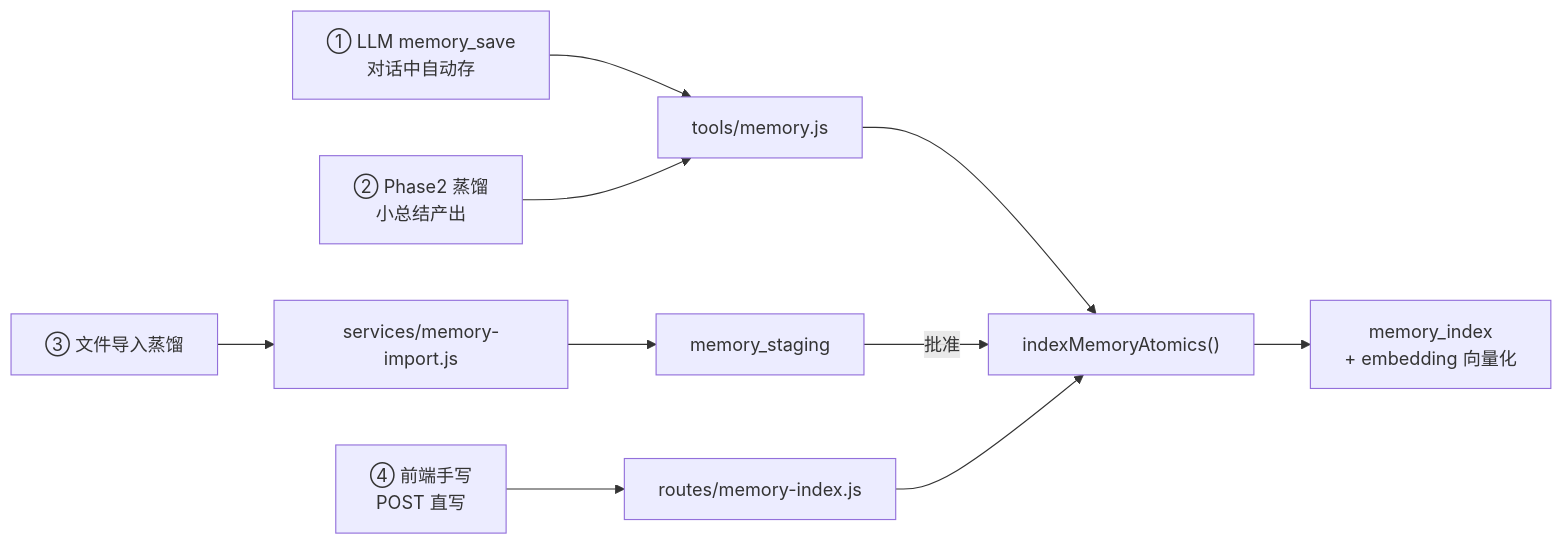
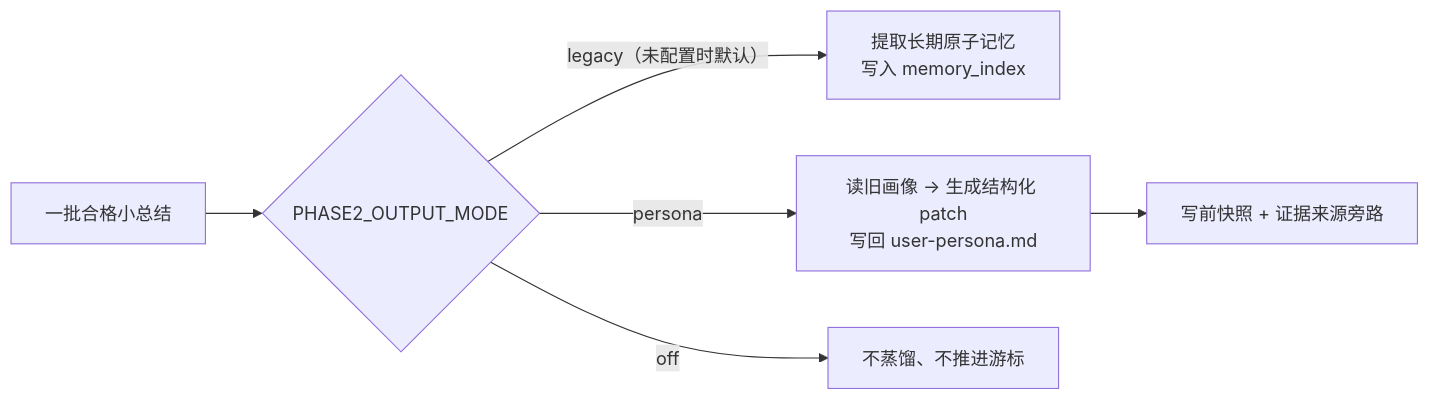
The third of 5 diagrams in azoth_memory_system_anatomy.md (TAra93-1/AZOTH_mem), drawn with Mermaid before and after one commit. The commit also changed other lines of this file and 1 other file, not shown here.

First line of the commit message:
docs: update AZOTH memory architecture

````diff
--- a/azoth_memory_system_anatomy.md
+++ b/azoth_memory_system_anatomy.md
@@ -317,12 +161,8 @@
 ```mermaid
 flowchart LR
-    A["① LLM memory_save<br/>对话中自动存"] --> T["tools/memory.js"]
-    B["② Phase2 蒸馏<br/>小总结产出"] --> T
-    C["③ 文件导入蒸馏"] --> S["services/memory-import.js"] --> ST["memory_staging"]
-    D["④ 前端手写<br/>POST 直写"] --> R["routes/memory-index.js"]
-
-    T --> IDX["indexMemoryAtomics()"]
-    ST --> |"批准"| IDX
-    R --> IDX
-    IDX --> DB["memory_index<br/>+ embedding 向量化"]
+    A["一批合格小总结"] --> MODE{"PHASE2_OUTPUT_MODE"}
+    MODE -->|"legacy（未配置时默认）"| L["提取长期原子记忆<br/>写入 memory_index"]
+    MODE -->|"persona"| P["读旧画像 → 生成结构化 patch<br/>写回 user-persona.md"]
+    MODE -->|"off"| X["不蒸馏、不推进游标"]
+    P --> SNAP["写前快照 + 证据来源旁路"]
 ```
````
